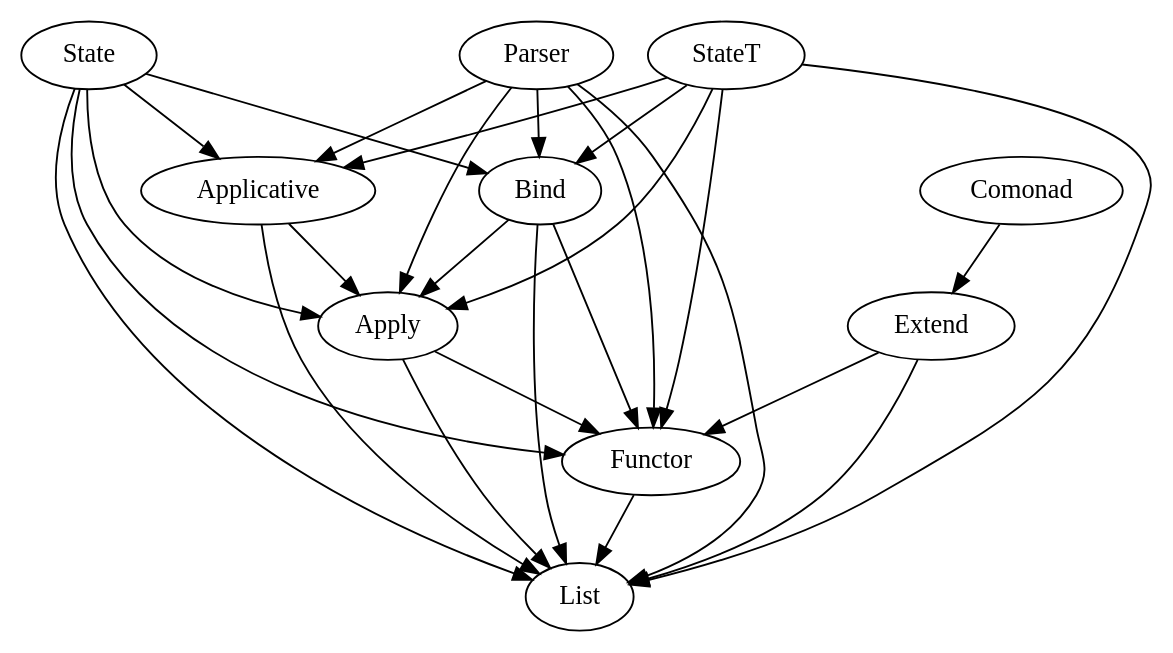
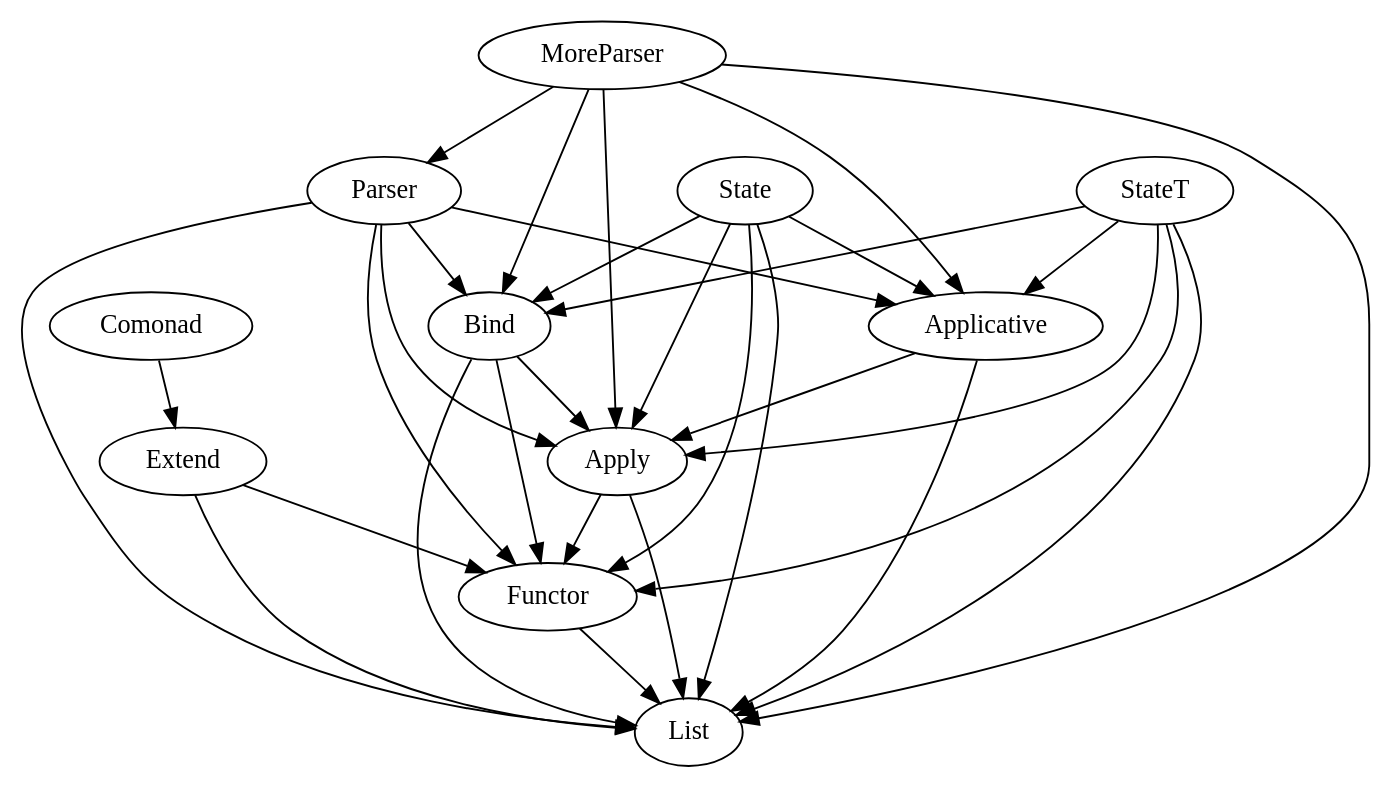
One commit to kkspeed/course changed the diagram in share/deps/exercises.dot. Above: the diagram before and after it, drawn with Graphviz. The commit also changed 1 other file, not shown here.

Commit message:
Dependency graph

```diff
--- a/share/deps/exercises.dot
+++ b/share/deps/exercises.dot
@@ -1,41 +1,47 @@
 digraph G {
     {
         list [label="List"];
         functor [label="Functor"];
         apply [label="Apply"];
         applicative [label="Applicative"];
         bind [label="Bind"];
         comonad [label="Comonad"];
         extend [label="Extend"];
         state [label="State"];
         stateT [label="StateT"];
         parser [label="Parser"];
+	moreparser [label="MoreParser"];
     }
 
     functor -> list;
     apply -> list;
     apply -> functor;
     applicative -> apply;
     applicative -> list;
     bind -> list;
     bind -> apply;
     bind -> functor;
     comonad -> extend;
     extend -> list;
     extend -> functor;
     state -> list;
     state -> functor;
     state -> apply;
     state -> applicative;
     state -> bind;
     stateT -> list;
     stateT -> functor;
     stateT -> apply;
     stateT -> applicative;
     stateT -> bind;
     parser -> list;
     parser -> functor;
     parser -> apply;
     parser -> applicative;
     parser -> bind;
+    moreparser -> list;
+    moreparser -> parser;
+    moreparser -> applicative;
+    moreparser -> apply;
+    moreparser -> bind;
 }
```
